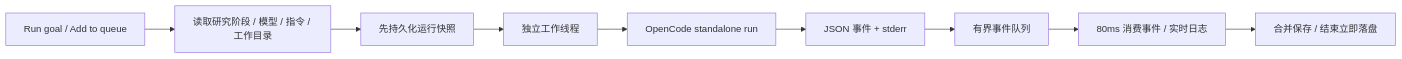
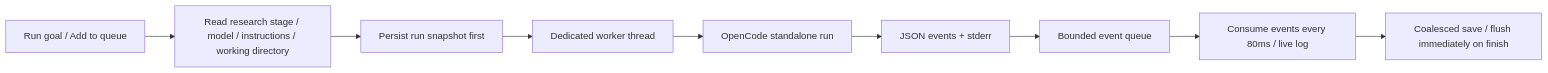
Before and after one commit to KrabsWong/what-the-hell-are-you-planning: the diagram in AGENT_INTEGRATION.md, drawn with Mermaid. The commit also changed other lines of this file and 26 other files, not shown here.

````diff
--- a/AGENT_INTEGRATION.md
+++ b/AGENT_INTEGRATION.md
@@ -7,11 +7,11 @@
 ```mermaid
 flowchart LR
-  UI[Run goal / Add to queue] --> Snapshot[读取研究阶段 / 模型 / 指令 / 工作目录]
-  Snapshot --> Save[先持久化运行快照]
-  Save --> Worker[独立工作线程]
+  UI[Run goal / Add to queue] --> Snapshot[Read research stage / model / instructions / working directory]
+  Snapshot --> Save[Persist run snapshot first]
+  Save --> Worker[Dedicated worker thread]
   Worker --> CLI[OpenCode standalone run]
-  CLI --> JSON[JSON 事件 + stderr]
-  JSON --> Queue[有界事件队列]
-  Queue --> GPUI[80ms 消费事件 / 实时日志]
-  GPUI --> Disk[合并保存 / 结束立即落盘]
+  CLI --> JSON[JSON events + stderr]
+  JSON --> Queue[Bounded event queue]
+  Queue --> GPUI[Consume events every 80ms / live log]
+  GPUI --> Disk[Coalesced save / flush immediately on finish]
 ```
````
